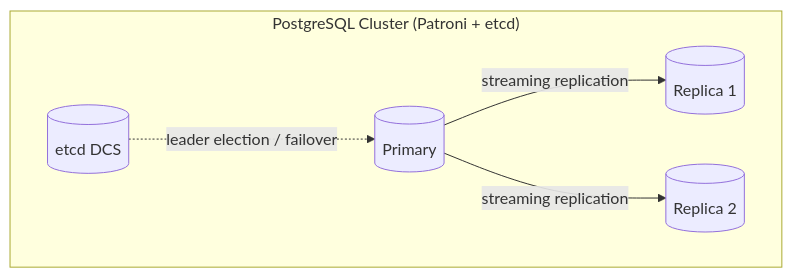
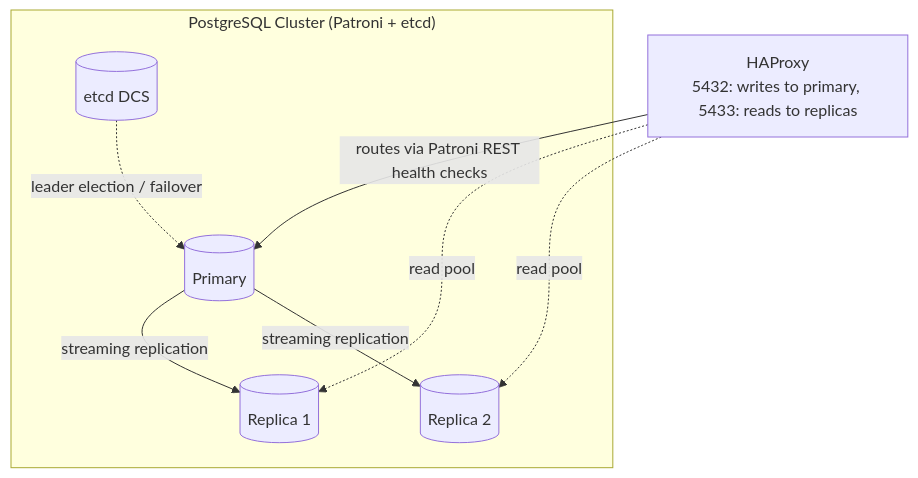
One commit to bahman-farhadian/Meanul-Data-Studio changed the third of 7 diagrams in README.md. Above: the diagram before and after it, drawn with Mermaid. The commit also changed other lines of this file and 1 other file, not shown here.

Commit message:
Close all design gaps: fares/surge, trip lifecycle, HAProxy PG entry, bootstrap marker, Kafka sizing, uv/Py3.13, 20GB VM budget

````diff
--- a/README.md
+++ b/README.md
@@ -212,13 +259,18 @@
 ```mermaid
 graph TB
+    HAP["HAProxy<br/>5432: writes to primary, 5433: reads to replicas"]
+
     subgraph PGCluster ["PostgreSQL Cluster (Patroni + etcd)"]
         PRIM[("Primary")]
         REP1[("Replica 1")]
         REP2[("Replica 2")]
         ETCD[("etcd DCS")]
     end
 
+    HAP -->|"routes via Patroni REST health checks"| PRIM
+    HAP -.->|"read pool"| REP1
+    HAP -.->|"read pool"| REP2
     PRIM -->|"streaming replication"| REP1
     PRIM -->|"streaming replication"| REP2
     ETCD -.->|"leader election / failover"| PRIM
 ```
````
